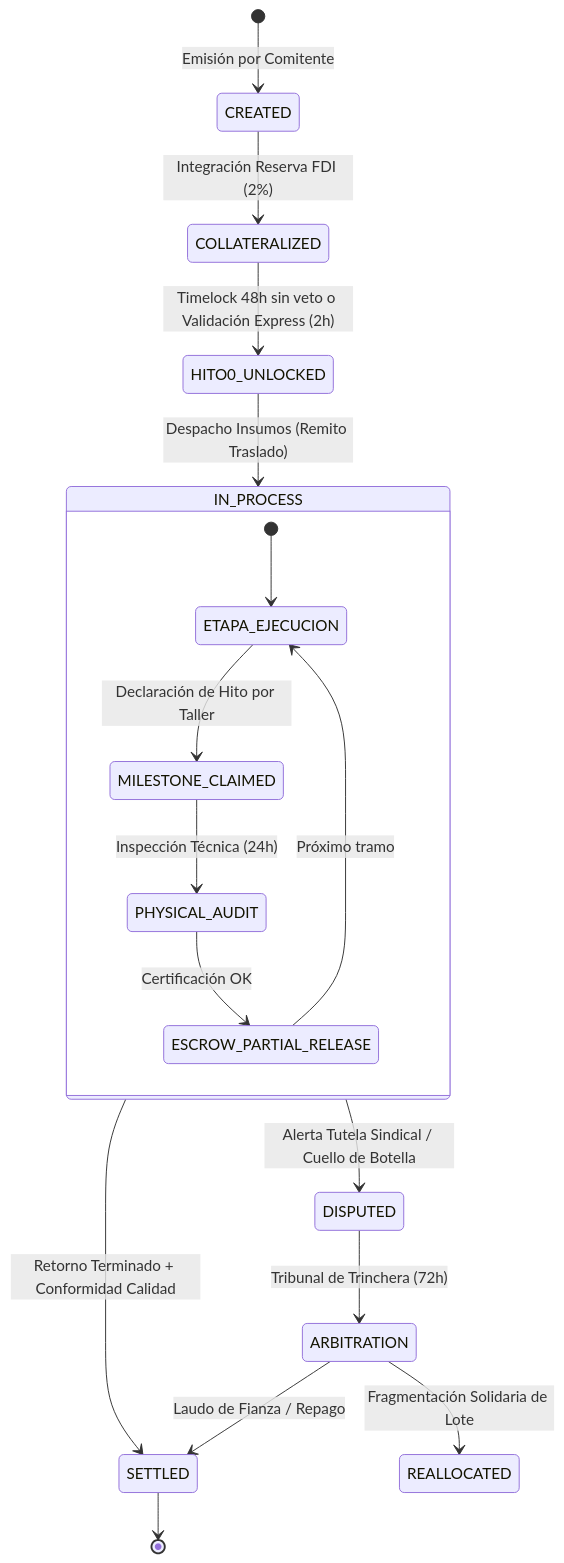
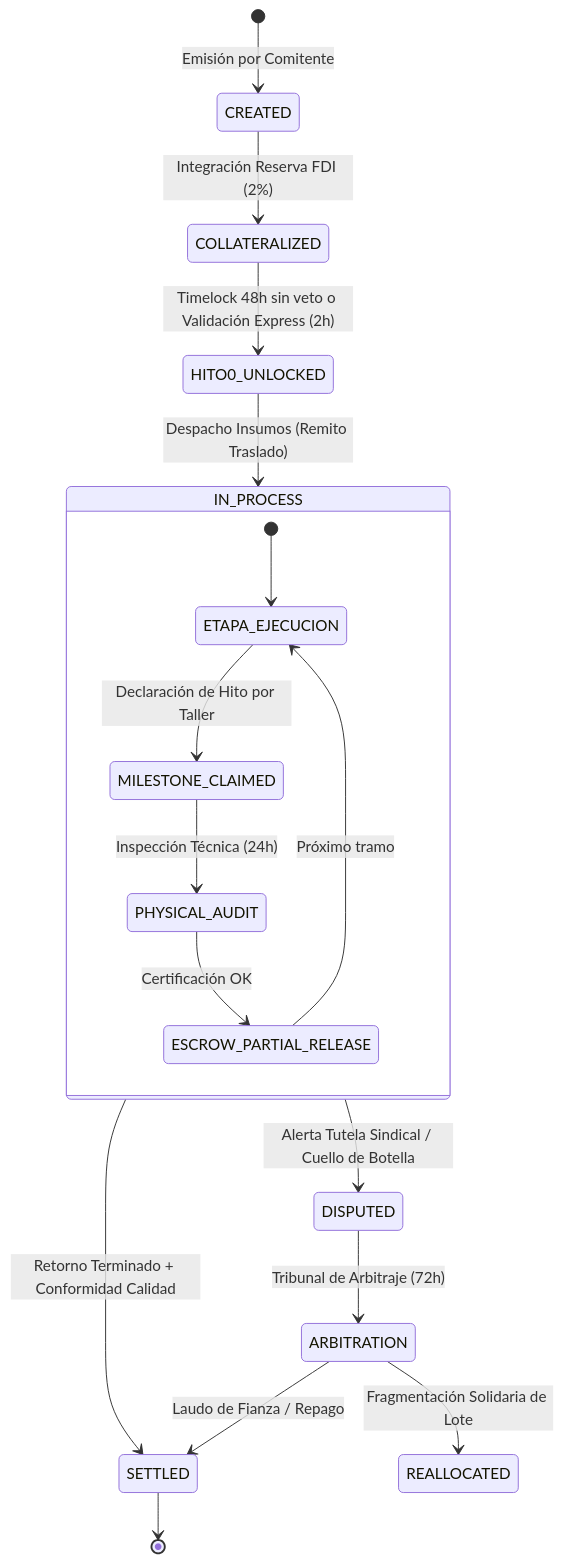
Before and after one commit to sarthouse/indinopy: the third of 6 diagrams in docs/paper_protocolo_eop_gobernanza_industrial.md, drawn with Mermaid. The commit also changed other lines of this file and 7 other files, not shown here.

````diff
--- a/docs/paper_protocolo_eop_gobernanza_industrial.md
+++ b/docs/paper_protocolo_eop_gobernanza_industrial.md
@@ -184,23 +184,23 @@
 ```mermaid
 stateDiagram-v2
     [*] --> CREATED: Emisión por Comitente
     CREATED --> COLLATERALIZED: Integración Reserva FDI (2%)
     COLLATERALIZED --> HITO0_UNLOCKED: Timelock 48h sin veto o Validación Express (2h)
     HITO0_UNLOCKED --> IN_PROCESS: Despacho Insumos (Remito Traslado)
     
     state IN_PROCESS {
         [*] --> ETAPA_EJECUCION
         ETAPA_EJECUCION --> MILESTONE_CLAIMED: Declaración de Hito por Taller
         MILESTONE_CLAIMED --> PHYSICAL_AUDIT: Inspección Técnica (24h)
         PHYSICAL_AUDIT --> ESCROW_PARTIAL_RELEASE: Certificación OK
         ESCROW_PARTIAL_RELEASE --> ETAPA_EJECUCION: Próximo tramo
     }
     
     IN_PROCESS --> SETTLED: Retorno Terminado + Conformidad Calidad
     IN_PROCESS --> DISPUTED: Alerta Tutela Sindical / Cuello de Botella
     
-    DISPUTED --> ARBITRATION: Tribunal de Trinchera (72h)
+    DISPUTED --> ARBITRATION: Tribunal de Arbitraje (72h)
     ARBITRATION --> REALLOCATED: Fragmentación Solidaria de Lote
     ARBITRATION --> SETTLED: Laudo de Fianza / Repago
     SETTLED --> [*]
 ```
````
